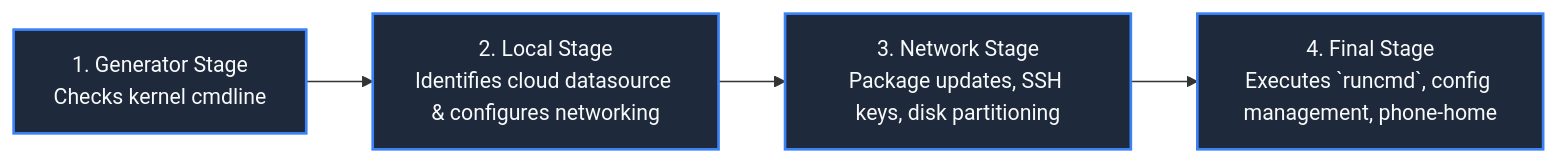
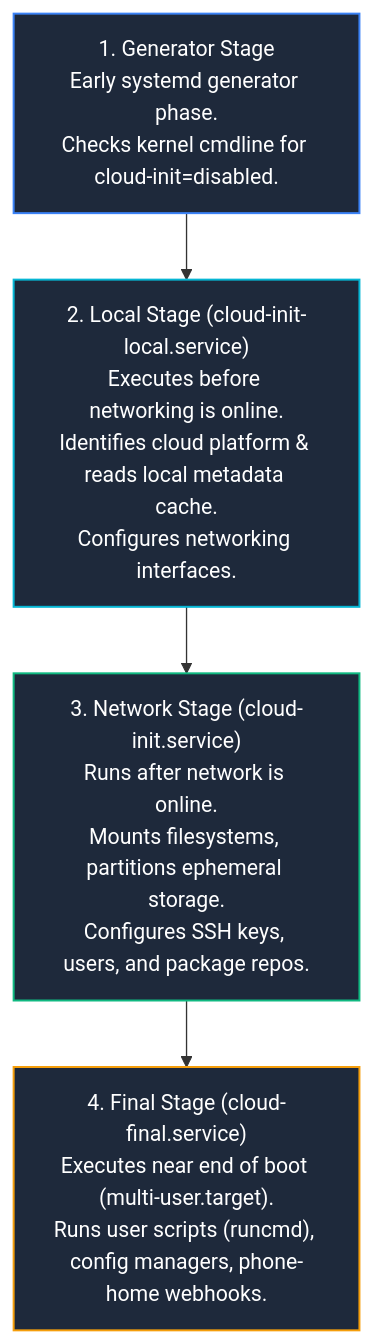
One commit to joydeep-biswas/Interview-Preparation changed diagram 11 of 12 in Cloud Engineering/01_linux_operating_systems_and_scripting.md. Above: the diagram before and after it, drawn with Mermaid. The commit also changed other lines of this file and 143 other files, not shown here.

````diff
--- a/Cloud Engineering/01_linux_operating_systems_and_scripting.md
+++ b/Cloud Engineering/01_linux_operating_systems_and_scripting.md
@@ -738,9 +1256,12 @@
 ```mermaid
-flowchart LR
-    S1["1. Generator Stage<br/>Checks kernel cmdline"] --> S2["2. Local Stage<br/>Identifies cloud datasource & configures networking"]
-    S2 --> S3["3. Network Stage<br/>Package updates, SSH keys, disk partitioning"]
-    S3 --> S4["4. Final Stage<br/>Executes `runcmd`, config management, phone-home"]
+flowchart TD
+    S1["1. Generator Stage<br/>Early systemd generator phase.<br/>Checks kernel cmdline for cloud-init=disabled."]
+    --> S2["2. Local Stage (cloud-init-local.service)<br/>Executes before networking is online.<br/>Identifies cloud platform & reads local metadata cache.<br/>Configures networking interfaces."]
+    --> S3["3. Network Stage (cloud-init.service)<br/>Runs after network is online.<br/>Mounts filesystems, partitions ephemeral storage.<br/>Configures SSH keys, users, and package repos."]
+    --> S4["4. Final Stage (cloud-final.service)<br/>Executes near end of boot (multi-user.target).<br/>Runs user scripts (runcmd), config managers, phone-home webhooks."]
 
-    classDef stage fill:#1e293b,stroke:#3b82f6,stroke-width:2px,color:#f8fafc;
-    class S1,S2,S3,S4 stage;
+    style S1 fill:#1e293b,stroke:#3b82f6,stroke-width:1.5px,color:#fff
+    style S2 fill:#1e293b,stroke:#06b6d4,stroke-width:1.5px,color:#fff
+    style S3 fill:#1e293b,stroke:#10b981,stroke-width:1.5px,color:#fff
+    style S4 fill:#1e293b,stroke:#f59e0b,stroke-width:1.5px,color:#fff
 ```
````
